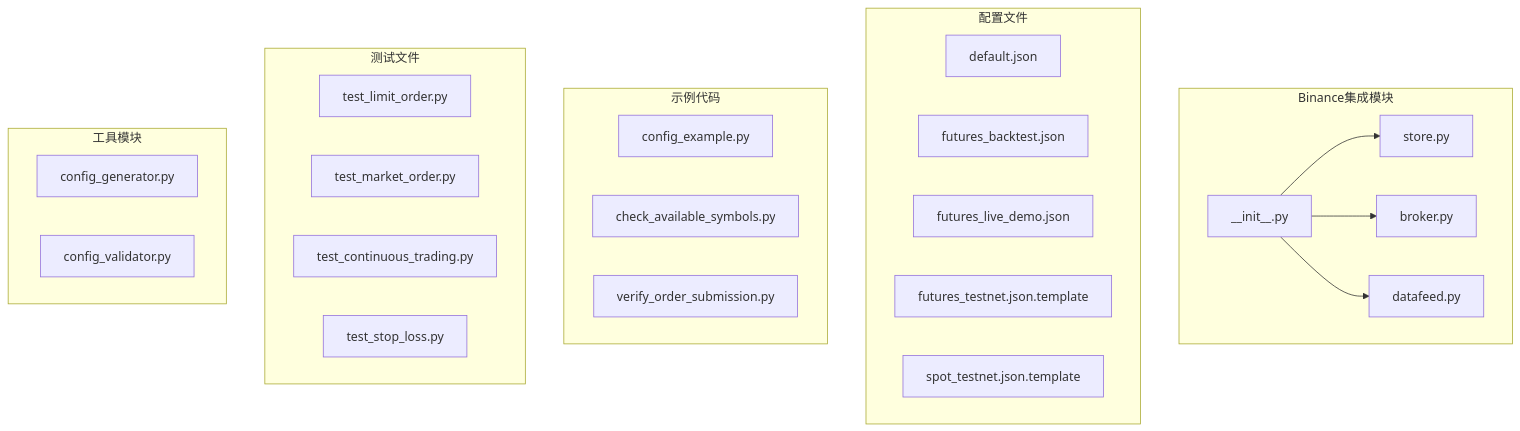
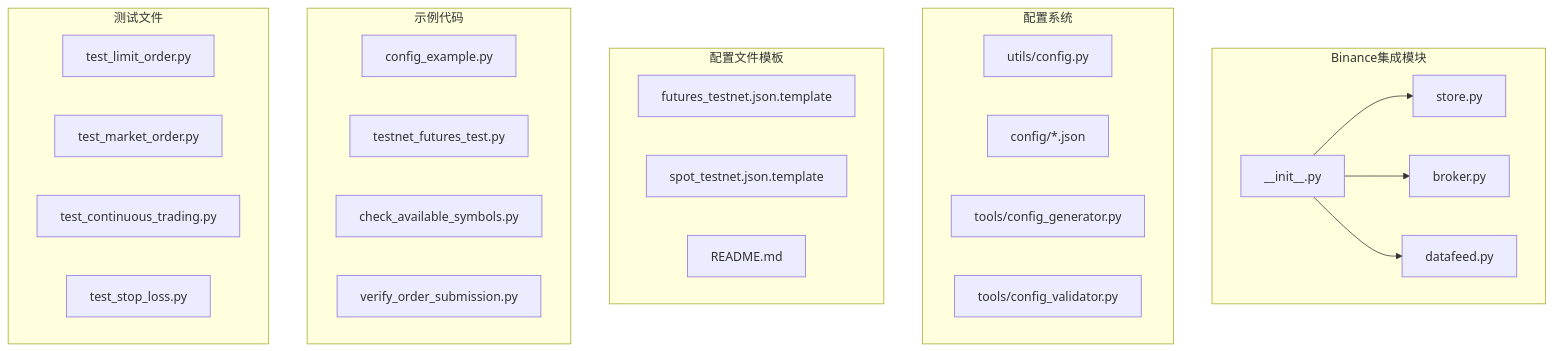
The first of 6 diagrams in .qoder/repowiki/zh/content/实盘交易模块/Binance交易所集成/Binance交易所集成.md (bench-prog/backtrader), drawn with Mermaid before and after one commit. The commit also changed other lines of this file and 4 other files, not shown here.

````diff
--- a/.qoder/repowiki/zh/content/实盘交易模块/Binance交易所集成/Binance交易所集成.md
+++ b/.qoder/repowiki/zh/content/实盘交易模块/Binance交易所集成/Binance交易所集成.md
@@ -57,30 +58,31 @@
 ```mermaid
 graph TB
 subgraph "Binance集成模块"
 A[__init__.py] --> B[store.py]
 A --> C[broker.py]
 A --> D[datafeed.py]
 end
-subgraph "配置文件"
-E[default.json]
-F[futures_backtest.json]
-G[futures_live_demo.json]
-H[futures_testnet.json.template]
-I[spot_testnet.json.template]
+subgraph "配置系统"
+E[utils/config.py]
+F[config/*.json]
+G[tools/config_generator.py]
+H[tools/config_validator.py]
+end
+subgraph "配置文件模板"
+I[futures_testnet.json.template]
+J[spot_testnet.json.template]
+K[README.md]
 end
 subgraph "示例代码"
-J[config_example.py]
-K[check_available_symbols.py]
-L[verify_order_submission.py]
+L[config_example.py]
+M[testnet_futures_test.py]
+N[check_available_symbols.py]
+O[verify_order_submission.py]
 end
 subgraph "测试文件"
-M[test_limit_order.py]
-N[test_market_order.py]
-O[test_continuous_trading.py]
-P[test_stop_loss.py]
-end
-subgraph "工具模块"
-Q[config_generator.py]
-R[config_validator.py]
+P[test_limit_order.py]
+Q[test_market_order.py]
+R[test_continuous_trading.py]
+S[test_stop_loss.py]
 end
 ```
````
